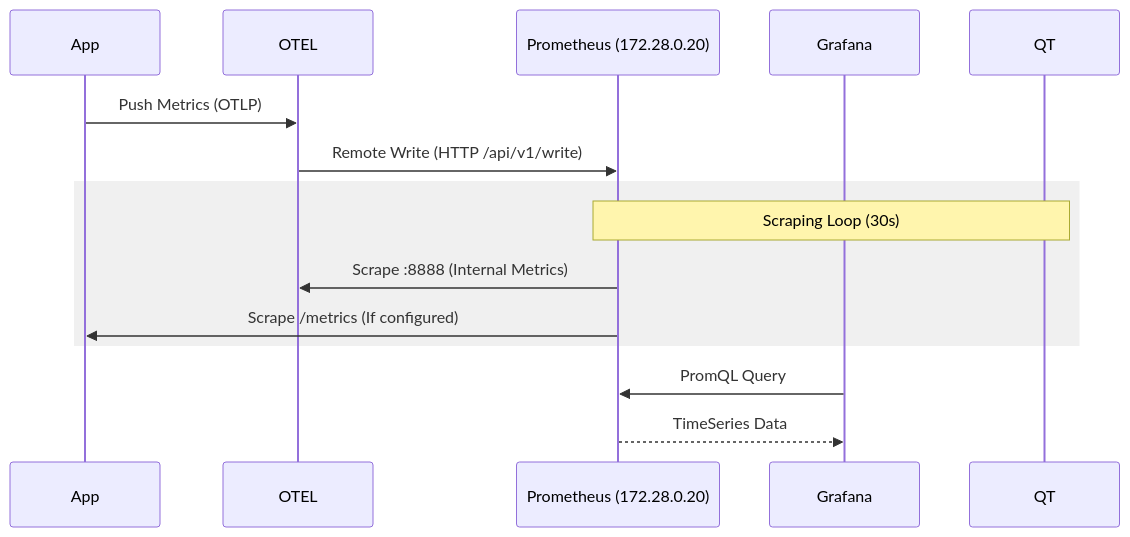
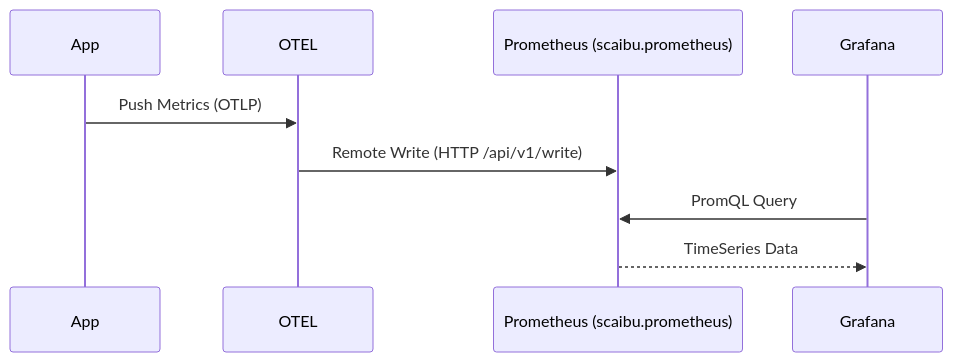
Before and after one commit to Chief-Strategist-J/llm-observability-platform: the second of 2 diagrams in infrastructure/observability/SETUP_OBSERVABILITY_STACK.md, drawn with Mermaid. The commit also changed other lines of this file, not shown here.

````diff
--- a/infrastructure/observability/SETUP_OBSERVABILITY_STACK.md
+++ b/infrastructure/observability/SETUP_OBSERVABILITY_STACK.md
@@ -40,19 +30,12 @@
 ```mermaid
 sequenceDiagram
     participant App
     participant OTEL
-    participant Prom as Prometheus (172.28.0.20)
+    participant Prom as Prometheus (scaibu.prometheus)
     participant Grafana
 
     App->>OTEL: Push Metrics (OTLP)
     OTEL->>Prom: Remote Write (HTTP /api/v1/write)
-    
-    rect rgb(240, 240, 240)
-    Note over Prom, QT: Scraping Loop (30s)
-    Prom->>OTEL: Scrape :8888 (Internal Metrics)
-    Prom->>App: Scrape /metrics (If configured)
-    end
-    
     Grafana->>Prom: PromQL Query
     Prom-->>Grafana: TimeSeries Data
 ```
````
